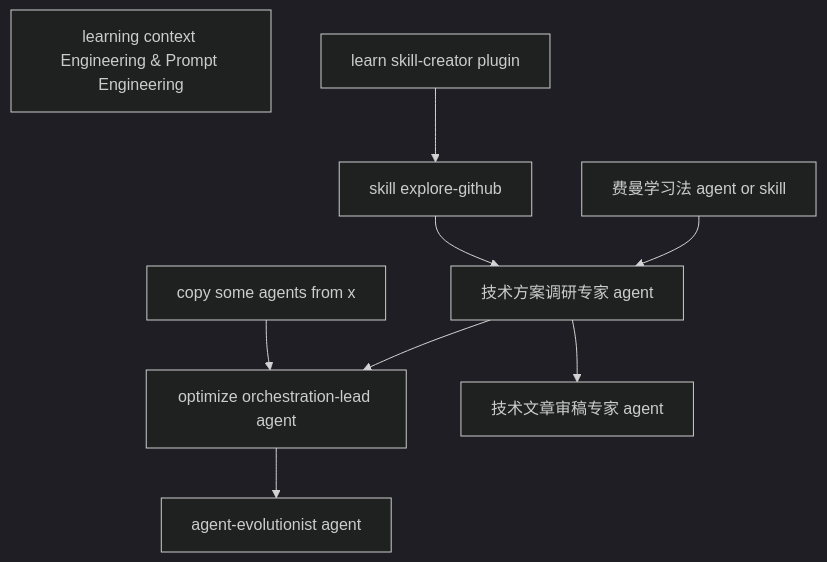
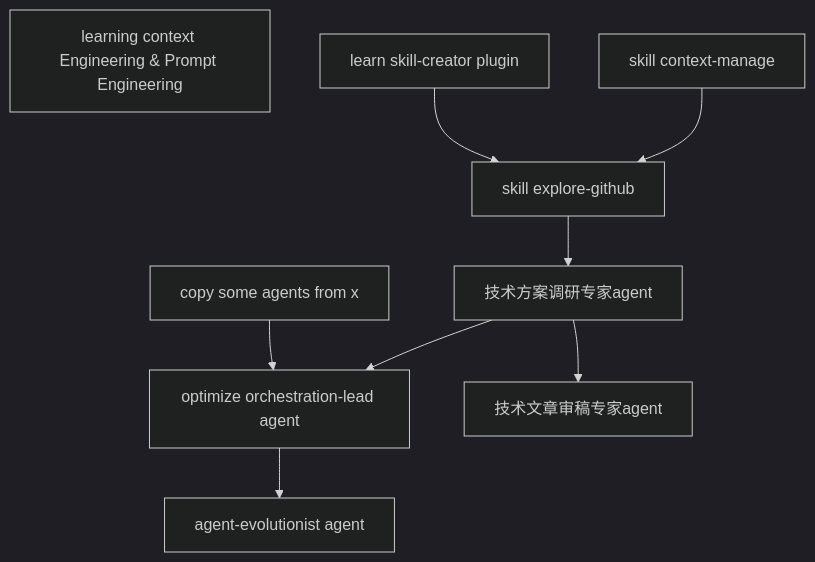
Before and after one commit to YMoose/my-claude-sidekick: the diagram in todos.md, drawn with Mermaid (dark theme). The commit also changed other lines of this file and 5 other files, not shown here.

````diff
--- a/todos.md
+++ b/todos.md
@@ -76,20 +81,20 @@
 ```mermaid
 flowchart TD
     20260225_0["copy some agents from x"]
     20260225_1["optimize orchestration-lead agent"]
     20260225_2["agent-evolutionist agent"]
     20260225_3["skill explore-github"]
-    20260225_4["技术方案调研专家 agent"]
-    20260225_5["技术文章审稿专家 agent"]
+    20260225_4["技术方案调研专家agent"]
+    20260225_5["技术文章审稿专家agent"]
     20260226_6["learning context Engineering & Prompt Engineering"]
     20260311_7["learn skill-creator plugin"]
-    20260312_8["费曼学习法 agent or skill"]
+    20260403_8["skill context-manage"]
 
     20260225_0 --> 20260225_1
     20260225_1 --> 20260225_2
     20260225_4 --> 20260225_1
     20260225_3 --> 20260225_4
     20260225_4 --> 20260225_5
     20260311_7 --> 20260225_3
-    20260312_8 --> 20260225_4
+    20260403_8 --> 20260225_3
 ```
````
